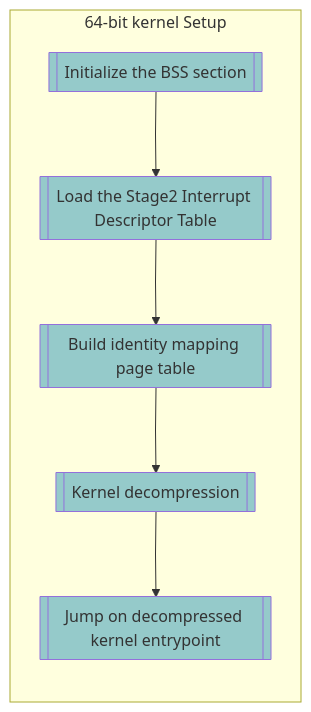
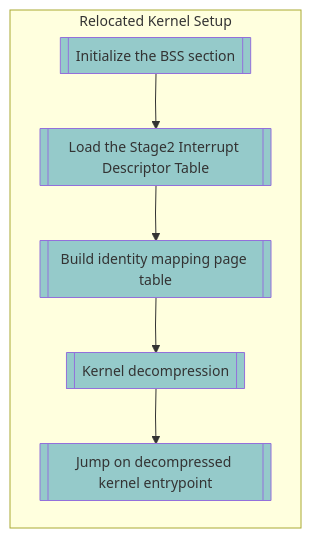
Before and after one commit to Jingyu1998/x86-64-linux-bootup: the fifth of 5 diagrams in README.md, drawn with Mermaid. The commit also changed other lines of this file, not shown here.

Commit message:
Update Mermaid Attribute in README.md

````diff
--- a/README.md
+++ b/README.md
@@ -325,31 +324,30 @@
 ```mermaid
 %%{init: {
   'flowchart': { 
     'nodeSpacing': 40, 
-    'rankSpacing': 60,
+    'rankSpacing': 30,
     'curve': 'linear'
   },
   'themeVariables': {
-    'fontSize': '16px',
+    'fontSize': '14px',
     'fontFamily': 'monospace'
   }
 }}%%
 flowchart TD
     %% Define Styles
     classDef StringNode fill:#95CACA
 
     %% Subgraph 
-    subgraph 64-bit kernel Setup
+    subgraph Relocated Kernel Setup
         direction TB
         string1[["Initialize the BSS section"]]:::StringNode
         string2[["Load the Stage2 Interrupt Descriptor Table"]]:::StringNode
         string3[["Build identity mapping page table"]]:::StringNode
         string4[["Kernel decompression"]]:::StringNode
         string5[["Jump on decompressed kernel entrypoint"]]:::StringNode
 
         %% Connection
         string1 --> string2 --> string3 --> string4  
         string4 --> string5 
-        
     end
 ```
````
